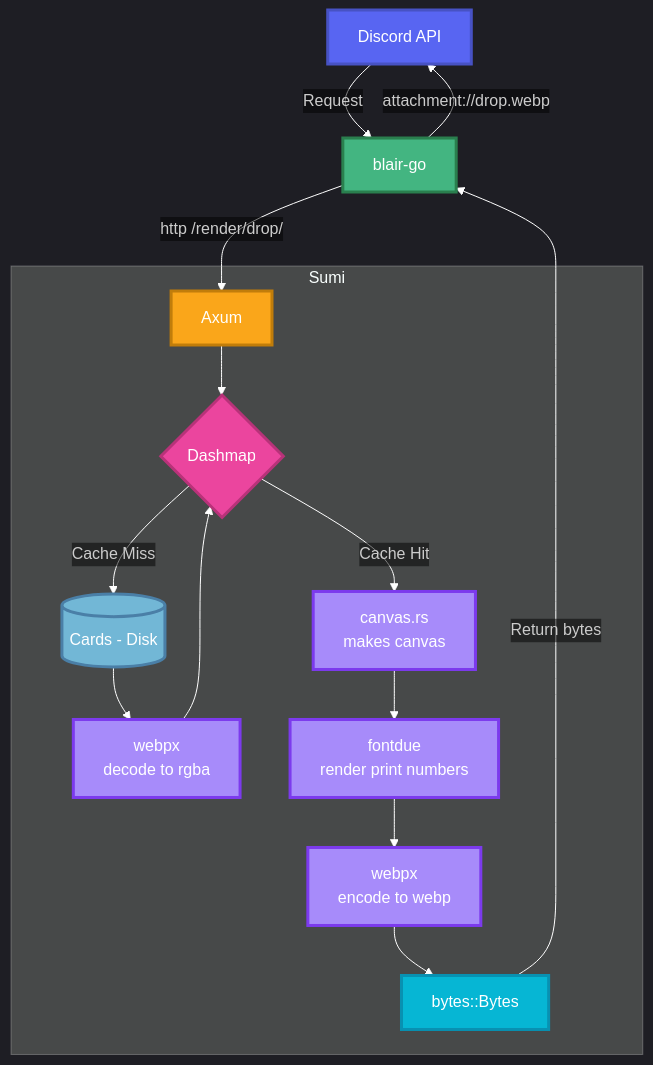
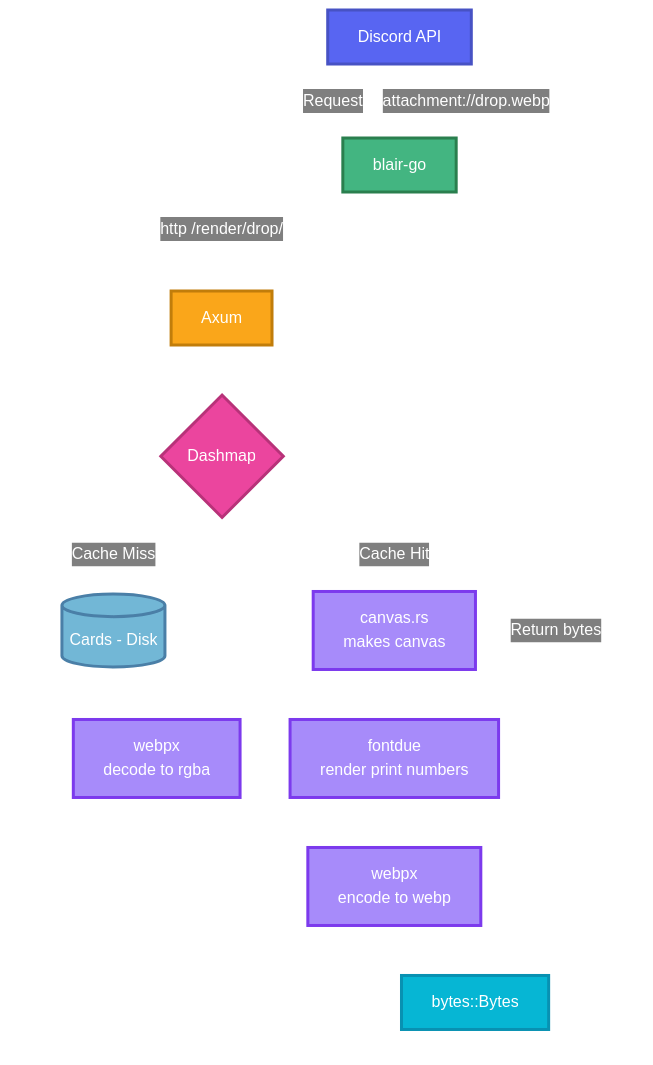
The diagram in README.md (clarinep/sumi), drawn with Mermaid before and after one commit.

Commit message:
Change Mermaid theme and subgraph label
Updated Mermaid diagram configuration and subgraph label.

````diff
--- a/README.md
+++ b/README.md
@@ -55,61 +55,64 @@
 ```mermaid
 ---
 config:
-  theme: dark
+  theme: base
   themeVariables:
+    background: "transparent"
+    clusterBkg: "transparent"
+    clusterBorder: "transparent"
     primaryColor: "#1E1E1E"
     primaryTextColor: "#FFFFFF"
     lineColor: "#FFFFFF"
     tertiaryTextColor: "#FFFFFF"
     edgeLabelBackground: "transparent"
   padding: 30
 ---
 graph TD
     DiscordAPI[Discord API]
     BlairGo[blair-go]
     Sumi[Axum]
     CardCache{Dashmap}
     CardAssets[(Cards - Disk)]
     WebpxDecode[webpx<br/>decode to rgba]
     CanvasComposite[canvas.rs<br/>makes canvas]
     Fontdue[fontdue<br/>render print numbers]
     WebpxEncode[webpx<br/>encode to webp]
     BytesOutput[bytes::Bytes]
 
     DiscordAPI -->|Request| BlairGo
     BlairGo -->|http /render/drop/| Sumi
 
-    subgraph SumiRenderer["Sumi"]
+    subgraph SumiRenderer[" "]
         Sumi --> CardCache
         CardCache -->|Cache Miss| CardAssets
         CardAssets --> WebpxDecode
         WebpxDecode --> CardCache
         CardCache -->|Cache Hit| CanvasComposite
         CanvasComposite --> Fontdue
         Fontdue --> WebpxEncode
         WebpxEncode --> BytesOutput
     end
 
     BytesOutput -->|Return bytes| BlairGo
     BlairGo -->|attachment://drop.webp| DiscordAPI
 
     classDef discord fill:#5865F2,stroke:#4752C4,color:#fff,stroke-width:3px
     classDef bot fill:#43B581,stroke:#2A7F4E,color:#fff,stroke-width:3px
     classDef service fill:#FAA61A,stroke:#C17D0A,color:#fff,stroke-width:3px
     classDef cache fill:#EB459E,stroke:#B83279,color:#fff,stroke-width:3px
     classDef decision fill:#EB459E,stroke:#B83279,color:#fff,stroke-width:3px
     classDef storage fill:#72B7D6,stroke:#4A7FA7,color:#fff,stroke-width:3px
     classDef processing fill:#A78BFA,stroke:#7C3AED,color:#fff,stroke-width:3px
     classDef output fill:#06B6D4,stroke:#0891B2,color:#fff,stroke-width:3px
 
     class DiscordAPI discord
     class BlairGo bot
     class Sumi service
     class CardCache decision
     class CardAssets storage
     class WebpxDecode processing
     class CanvasComposite processing
     class Fontdue processing
     class WebpxEncode processing
     class BytesOutput output
- ```
+```
````
